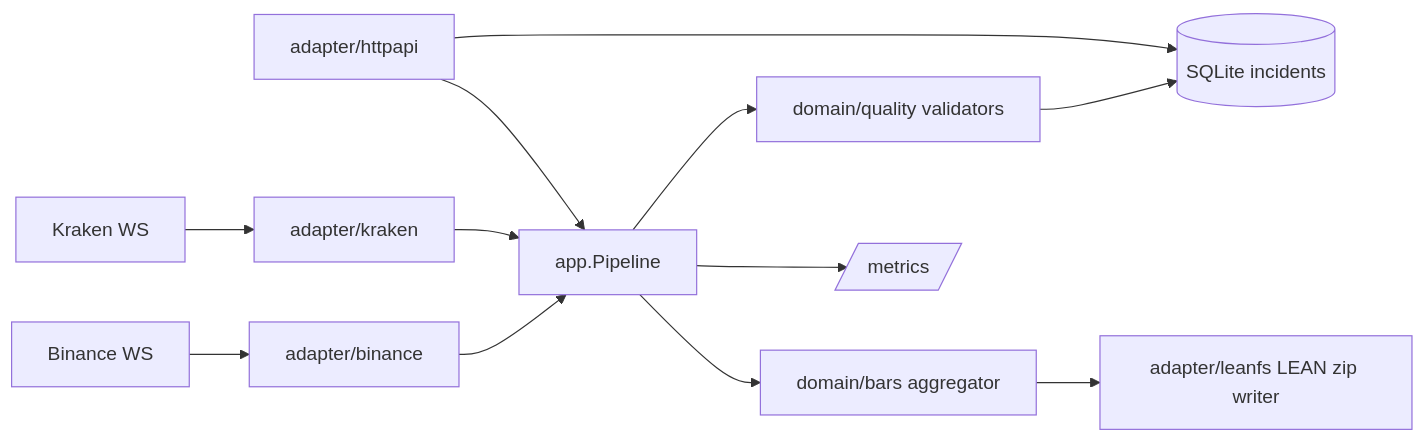
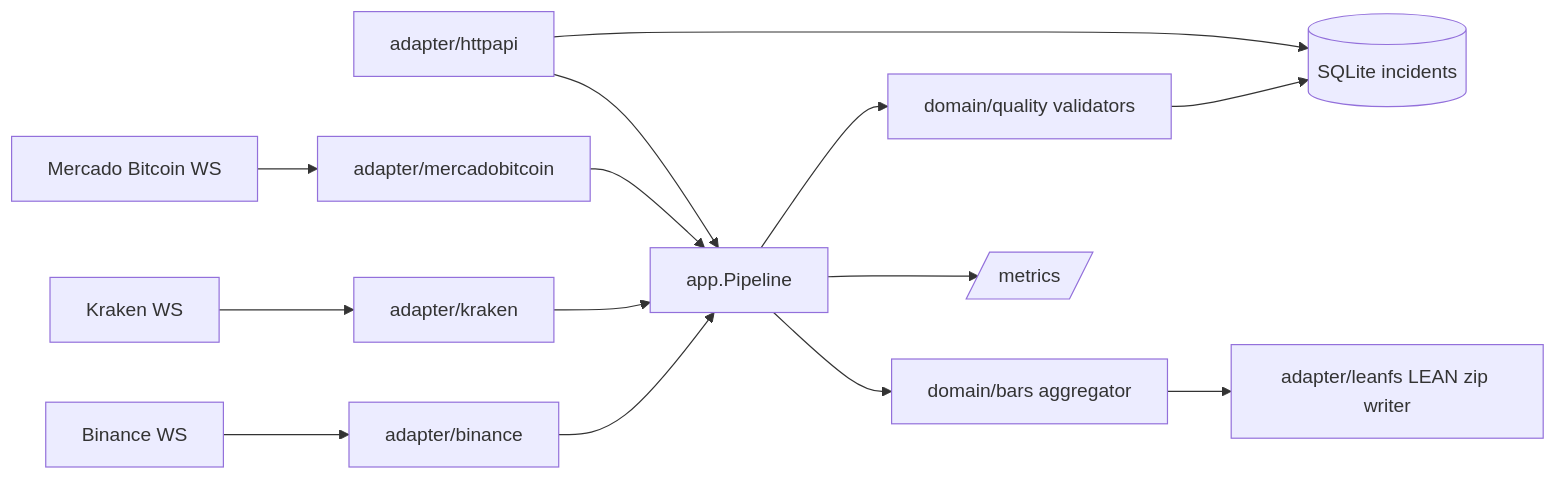
Before and after one commit to Amadeus-22/tekel: the diagram in docs/ARCHITECTURE.md, drawn with Mermaid. The commit also changed other lines of this file and 14 other files, not shown here.

Commit message:
feat: Mercado Bitcoin trade feed and audit command wiring

````diff
--- a/docs/ARCHITECTURE.md
+++ b/docs/ARCHITECTURE.md
@@ -44,14 +49,16 @@
 ```mermaid
 flowchart LR
   B[Binance WS] --> CB[adapter/binance]
   K[Kraken WS] --> CK[adapter/kraken]
+  MB[Mercado Bitcoin WS] --> CM[adapter/mercadobitcoin]
   CB --> P[app.Pipeline]
   CK --> P
+  CM --> P
   P --> V[domain/quality validators]
   V --> I[(SQLite incidents)]
   P --> A[domain/bars aggregator]
   A --> L[adapter/leanfs LEAN zip writer]
   P --> M[/metrics/]
   H[adapter/httpapi] --> I
   H --> P
 ```
````
